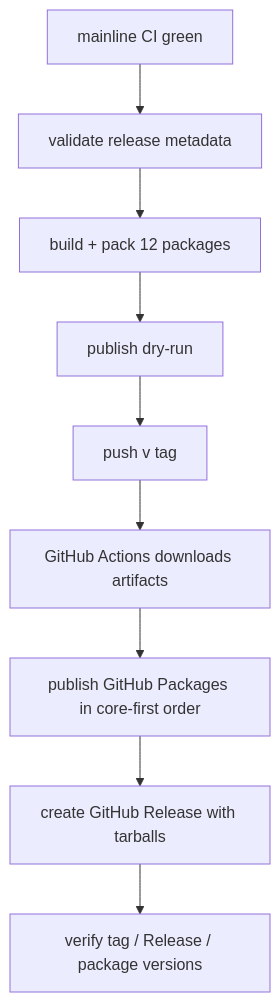
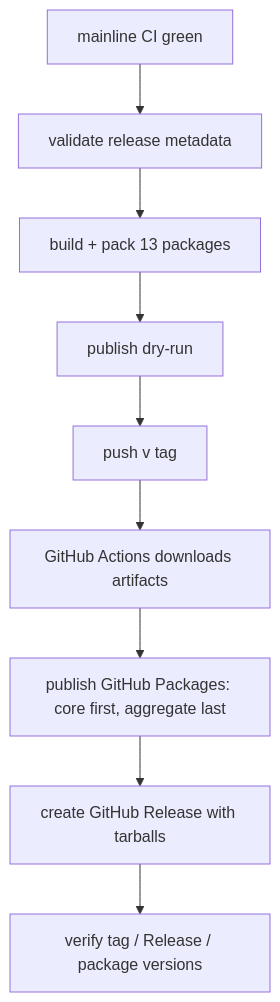
One commit to yin52133/dsh-luban changed the diagram in design/03-modules/M12-market-release.md. Above: the diagram before and after it, drawn with Mermaid. The commit also changed other lines of this file and 51 other files, not shown here.

````diff
--- a/design/03-modules/M12-market-release.md
+++ b/design/03-modules/M12-market-release.md
@@ -33,11 +36,11 @@
 ```mermaid
 flowchart TD
     A["mainline CI green"] --> B["validate release metadata"]
-    B --> C["build + pack 12 packages"]
+    B --> C["build + pack 13 packages"]
     C --> D["publish dry-run"]
     D --> E["push v<semver> tag"]
     E --> F["GitHub Actions downloads artifacts"]
-    F --> G["publish GitHub Packages in core-first order"]
+    F --> G["publish GitHub Packages: core first, aggregate last"]
     G --> H["create GitHub Release with tarballs"]
     H --> I["verify tag / Release / package versions"]
 ```
````
